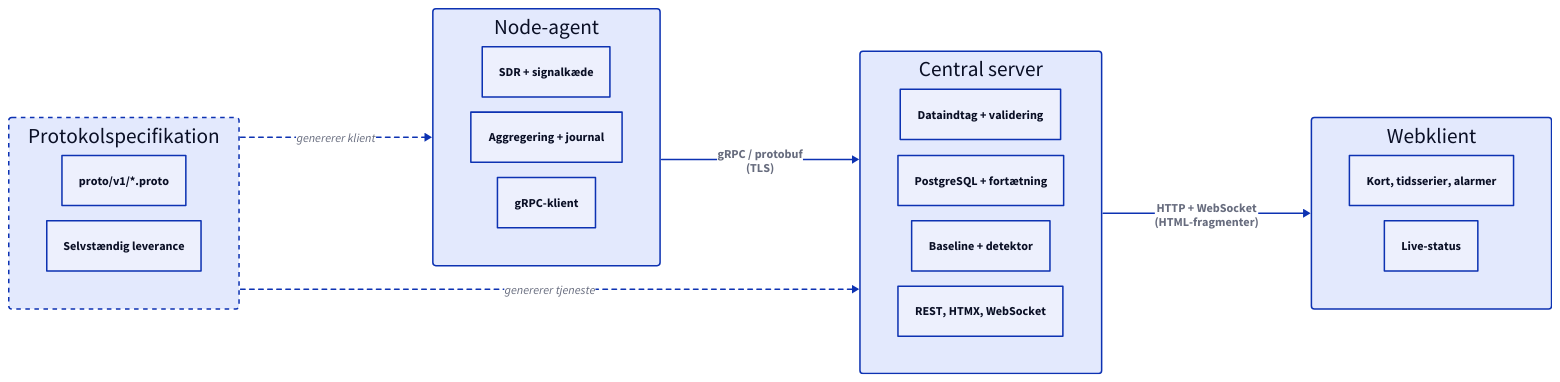
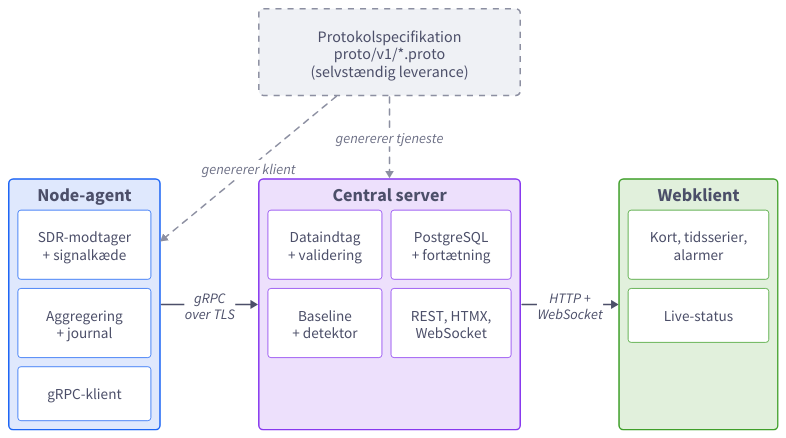
The diagram in docs/figures/arkitektur.d2 (BastianAsmussen/Spektra), drawn with D2 before and after one commit. The commit also changed 9 other files, not shown here.

Commit message:
docs: figurer og diagrammer (L2)

```diff
--- a/docs/figures/arkitektur.d2
+++ b/docs/figures/arkitektur.d2
@@ -1,53 +1,102 @@
+# Spektra overordnet arkitektur. Rendered with docs/figures/build.sh.
+
 vars: {
   d2-config: {
     layout-engine: elk
-    theme-id: 0
+    pad: 20
   }
 }
 
-direction: right
+grid-rows: 2
+grid-columns: 3
+vertical-gap: 110
+horizontal-gap: 130
+
+classes: {
+  box: {
+    style: {
+      font-size: 24
+      bold: true
+      font-color: "#4c4f69"
+      border-radius: 6
+      stroke-width: 2
+    }
+  }
+  part: {
+    style: {
+      font-size: 20
+      bold: false
+      font-color: "#4c4f69"
+      fill: "#ffffff"
+      border-radius: 4
+      stroke-width: 1
+    }
+  }
+  wire: {
+    style: {
+      font-size: 19
+      font-color: "#4c4f69"
+      stroke: "#4c4f69"
+      stroke-width: 2
+    }
+  }
+  spec: {
+    style: {
+      font-size: 19
+      font-color: "#6c6f85"
+      stroke: "#8c8fa1"
+      stroke-width: 2
+      stroke-dash: 4
+    }
+  }
+}
+
+gap1: "" {width: 10; height: 10; style.opacity: 0}
+
+protocol: "Protokolspecifikation\nproto/v1/*.proto\n(selvstændig leverance)" {
+  class: box
+  style.fill: "#eff1f5"
+  style.stroke: "#8c8fa1"
+  style.stroke-dash: 4
+  style.font-size: 21
+  style.bold: false
+}
+gap2: "" {width: 10; height: 10; style.opacity: 0}
 
 node_agent: "Node-agent" {
-  shape: rectangle
-  style.border-radius: 4
-  sampling: "SDR + signalkæde"
-  aggregate: "Aggregering + journal"
-  report: "gRPC-klient"
+  class: box
+  style.fill: "#dfe8fd"
+  style.stroke: "#1e66f5"
+  grid-columns: 1
+  grid-gap: 12
+  sampling: "SDR-modtager\n+ signalkæde" {class: part; style.stroke: "#1e66f5"}
+  aggregate: "Aggregering\n+ journal" {class: part; style.stroke: "#1e66f5"}
+  report: "gRPC-klient" {class: part; style.stroke: "#1e66f5"}
 }
 
 server: "Central server" {
-  shape: rectangle
-  style.border-radius: 4
-  ingest: "Dataindtag + validering"
-  store: "PostgreSQL + fortætning"
-  detect: "Baseline + detektor"
-  api: "REST, HTMX, WebSocket"
+  class: box
+  style.fill: "#ede0fc"
+  style.stroke: "#8839ef"
+  grid-columns: 2
+  grid-gap: 12
+  ingest: "Dataindtag\n+ validering" {class: part; style.stroke: "#8839ef"}
+  detect: "Baseline\n+ detektor" {class: part; style.stroke: "#8839ef"}
+  store: "PostgreSQL\n+ fortætning" {class: part; style.stroke: "#8839ef"}
+  api: "REST, HTMX,\nWebSocket" {class: part; style.stroke: "#8839ef"}
 }
 
 web: "Webklient" {
-  shape: rectangle
-  style.border-radius: 4
-  ui: "Kort, tidsserier, alarmer"
-  live: "Live-status"
+  class: box
+  style.fill: "#e1f0dc"
+  style.stroke: "#40a02b"
+  grid-columns: 1
+  grid-gap: 12
+  ui: "Kort, tidsserier,\nalarmer" {class: part; style.stroke: "#40a02b"}
+  live: "Live-status" {class: part; style.stroke: "#40a02b"}
 }
 
-protocol: "Protokolspecifikation" {
-  shape: rectangle
-  style.border-radius: 4
-  style.stroke-dash: 3
-  schema: "proto/v1/*.proto"
-  note: "Selvstændig leverance"
-}
-
-node_agent -> server: "gRPC / protobuf\n(TLS)" {
-  style.bold: true
-}
-server -> web: "HTTP + WebSocket\n(HTML-fragmenter)" {
-  style.bold: true
-}
-protocol -> node_agent: "genererer klient" {
-  style.stroke-dash: 3
-}
-protocol -> server: "genererer tjeneste" {
-  style.stroke-dash: 3
-}
+node_agent -> server: "gRPC\nover TLS" {class: wire}
+server -> web: "HTTP +\nWebSocket" {class: wire}
+protocol -> node_agent: "genererer klient" {class: spec}
+protocol -> server: "genererer tjeneste" {class: spec}
```
